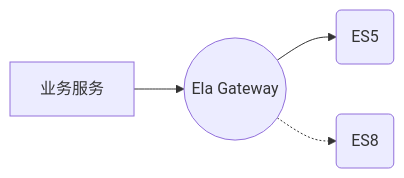
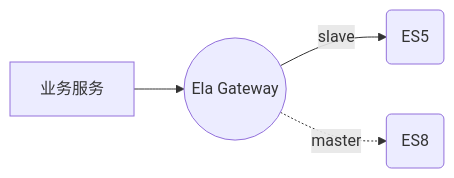
Before and after one commit to CharellKing/ela: the first of 5 diagrams in manual/cn/01-Elasticsearch 数据迁移总体方案.md, drawn with Mermaid. The commit also changed other lines of this file and 1 other file, not shown here.

Commit message:
update mermaid code

````diff
--- a/manual/cn/01-Elasticsearch 数据迁移总体方案.md
+++ b/manual/cn/01-Elasticsearch 数据迁移总体方案.md
@@ -29,6 +29,6 @@
 ```mermaid
 graph LR
-    A[业务服务] --> B((Ela Gateway))
-    B --> C(ES5)
-    B -.-> D(ES8)
+    A[业务服务] --> B((Ela Gateway))    
+    B --slave--> C(ES5)
+    B -.master-.-> D(ES8)
 ```
````
